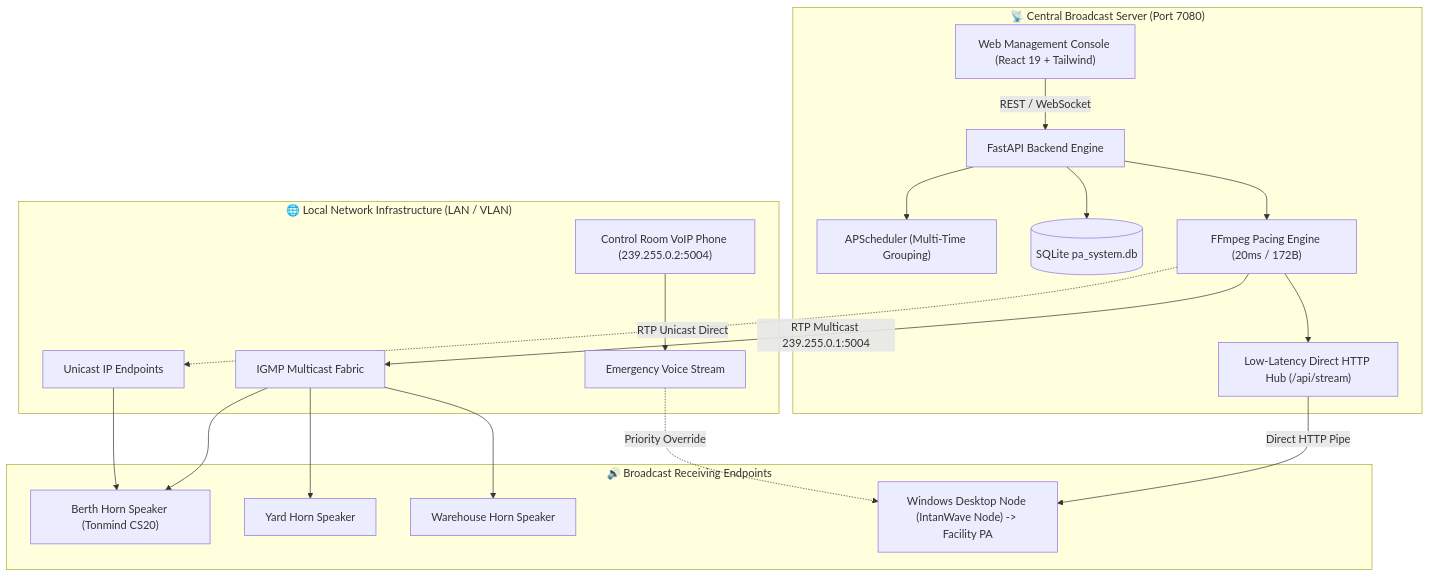
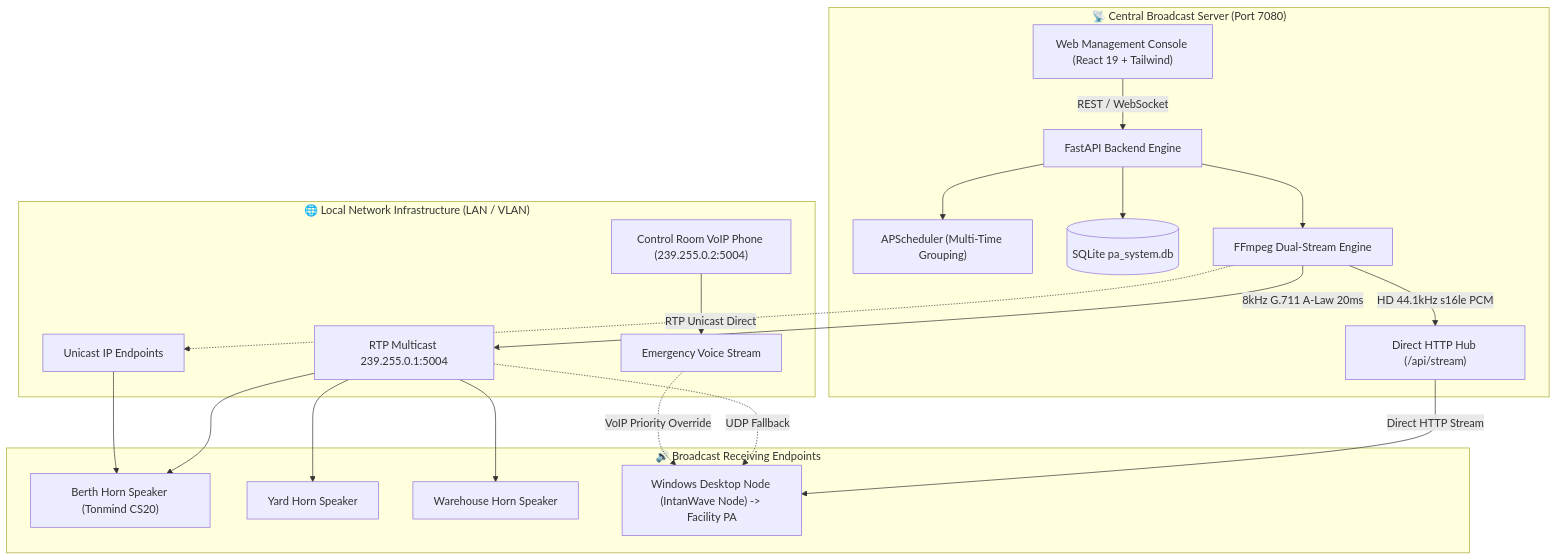
One commit to pratama1246/IntanWave-RTPAudio changed the diagram in README.md. Above: the diagram before and after it, drawn with Mermaid. The commit also changed other lines of this file, not shown here.

Commit message:
docs: document dual-stream HD 44.1kHz audio, smart node identity, and safety modals in README

````diff
--- a/README.md
+++ b/README.md
@@ -35,25 +57,26 @@
 ```mermaid
 flowchart TD
     subgraph Control["📡 Central Broadcast Server (Port 7080)"]
         WebUI["Web Management Console (React 19 + Tailwind)"] -->|REST / WebSocket| API["FastAPI Backend Engine"]
         API --> Scheduler["APScheduler (Multi-Time Grouping)"]
         API --> DB[(SQLite pa_system.db)]
-        API --> Streamer["FFmpeg Pacing Engine (20ms / 172B)"]
-        Streamer --> StreamHub["Low-Latency Direct HTTP Hub (/api/stream)"]
+        API --> Streamer["FFmpeg Dual-Stream Engine"]
+        Streamer -->|HD 44.1kHz s16le PCM| StreamHub["Direct HTTP Hub (/api/stream)"]
     end
 
     subgraph Network["🌐 Local Network Infrastructure (LAN / VLAN)"]
-        Streamer -->|RTP Multicast 239.255.0.1:5004| MC[IGMP Multicast Fabric]
+        Streamer -->|8kHz G.711 A-Law 20ms| MC[RTP Multicast 239.255.0.1:5004]
         Streamer -.->|RTP Unicast Direct| UC[Unicast IP Endpoints]
         IPPhone["Control Room VoIP Phone (239.255.0.2:5004)"] --> MC2[Emergency Voice Stream]
     end
 
     subgraph Endpoints["🔊 Broadcast Receiving Endpoints"]
         MC --> Spk1["Berth Horn Speaker (Tonmind CS20)"]
         MC --> Spk2["Yard Horn Speaker"]
         MC --> Spk3["Warehouse Horn Speaker"]
         UC --> Spk1
-        StreamHub -->|Direct HTTP Pipe| WinClient["Windows Desktop Node (IntanWave Node) -> Facility PA"]
-        MC2 -.->|Priority Override| WinClient
+        StreamHub -->|Direct HTTP Stream| WinClient["Windows Desktop Node (IntanWave Node) -> Facility PA"]
+        MC -.->|UDP Fallback| WinClient
+        MC2 -.->|VoIP Priority Override| WinClient
     end
 ```
````
